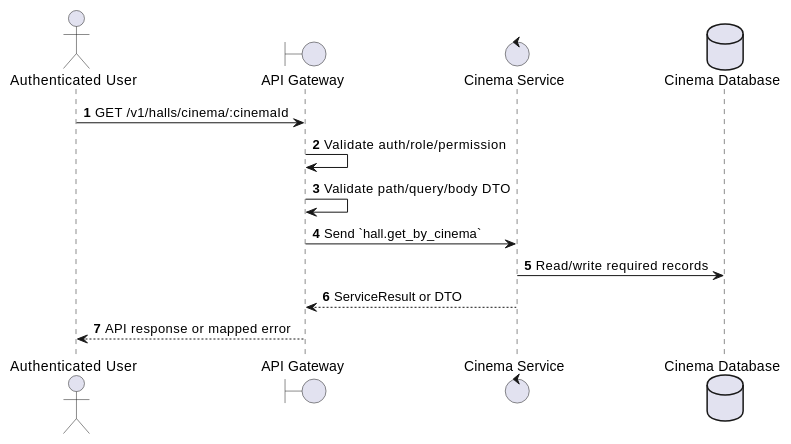
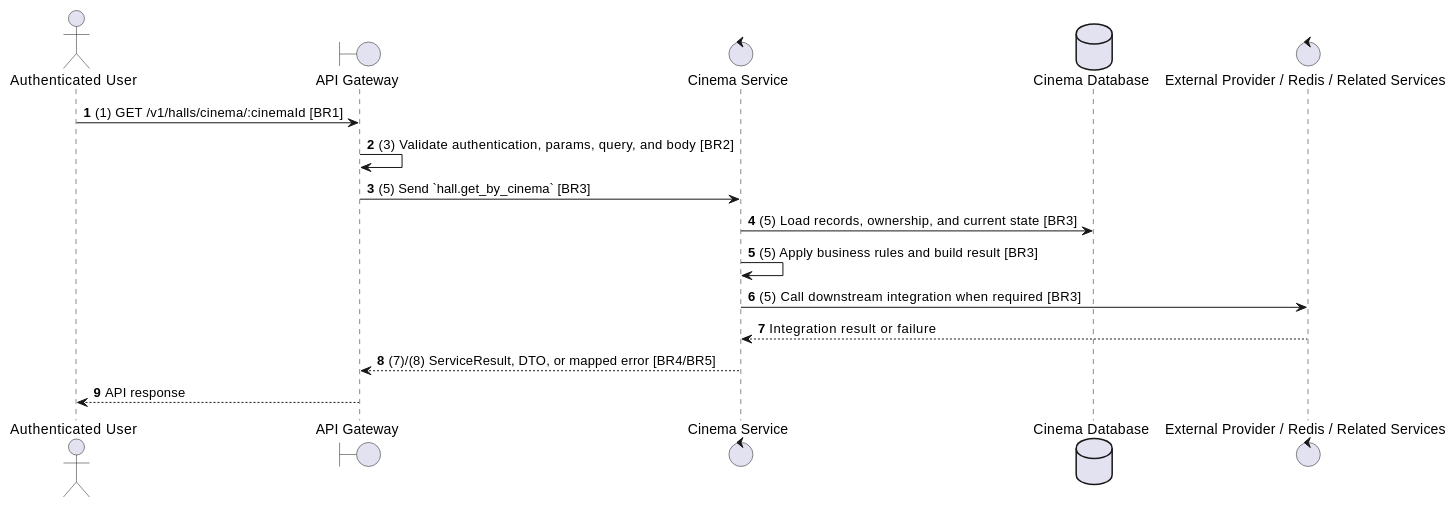
Before and after one commit to Tanh1603/movie-hub-architecture: the second of 2 diagrams in docs/functional_specs/3.2.2_Hall_Management/HM-02_Get_Halls_of_Cinema.md, drawn with PlantUML. The commit also changed other lines of this file and 129 other files, not shown here.

````diff
--- a/docs/functional_specs/3.2.2_Hall_Management/HM-02_Get_Halls_of_Cinema.md
+++ b/docs/functional_specs/3.2.2_Hall_Management/HM-02_Get_Halls_of_Cinema.md
@@ -17,17 +64,20 @@
 ```plantuml
 @startuml
 autonumber
 actor "Authenticated User" as Actor
 boundary "API Gateway" as GW
 control "Cinema Service" as SVC
 database "Cinema Database" as DB
+control "External Provider / Redis / Related Services" as EXT
 
-Actor -> GW: GET /v1/halls/cinema/:cinemaId
-GW -> GW: Validate auth/role/permission
-GW -> GW: Validate path/query/body DTO
-GW -> SVC: Send `hall.get_by_cinema`
-SVC -> DB: Read/write required records
-SVC --> GW: ServiceResult or DTO
-GW --> Actor: API response or mapped error
+Actor -> GW: (1) GET /v1/halls/cinema/:cinemaId [BR1]
+GW -> GW: (3) Validate authentication, params, query, and body [BR2]
+GW -> SVC: (5) Send `hall.get_by_cinema` [BR3]
+SVC -> DB: (5) Load records, ownership, and current state [BR3]
+SVC -> SVC: (5) Apply business rules and build result [BR3]
+SVC -> EXT: (5) Call downstream integration when required [BR3]
+EXT --> SVC: Integration result or failure
+SVC --> GW: (7)/(8) ServiceResult, DTO, or mapped error [BR4/BR5]
+GW --> Actor: API response
 @enduml
 ```
````
